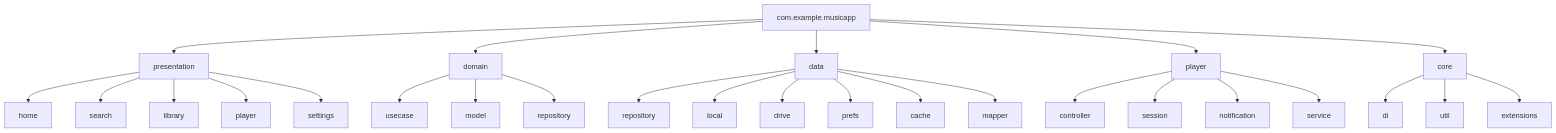
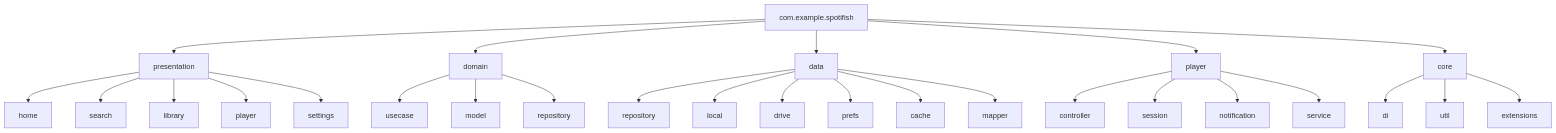
Diagram 20 of 25 in system-design-diagrams.md (Mayopi/spotif-ish), drawn with Mermaid before and after one commit. The commit also changed 177 other files, not shown here.

````diff
--- a/system-design-diagrams.md
+++ b/system-design-diagrams.md
@@ -537,36 +537,36 @@
 ```mermaid
 flowchart TD
-    ROOT[com.example.musicapp]
+    ROOT[com.example.spotifish]
 
     ROOT --> PRESENTATION[presentation]
     ROOT --> DOMAIN[domain]
     ROOT --> DATA[data]
     ROOT --> PLAYER[player]
     ROOT --> CORE[core]
 
     PRESENTATION --> HOMEUI[home]
     PRESENTATION --> SEARCHUI[search]
     PRESENTATION --> LIBRARYUI[library]
     PRESENTATION --> PLAYERUI[player]
     PRESENTATION --> SETTINGSUI[settings]
 
     DOMAIN --> USECASES[usecase]
     DOMAIN --> MODELS[model]
     DOMAIN --> REPOIF[repository]
 
     DATA --> REPOIMPL[repository]
     DATA --> LOCAL[local]
     DATA --> DRIVE[drive]
     DATA --> PREFS[prefs]
     DATA --> CACHE[cache]
     DATA --> MAPPER[mapper]
 
     PLAYER --> CTRL[controller]
     PLAYER --> SESSION[session]
     PLAYER --> NOTIF[notification]
     PLAYER --> SERVICE[service]
 
     CORE --> DI[di]
     CORE --> UTIL[util]
     CORE --> EXT[extensions]
 ```
````
